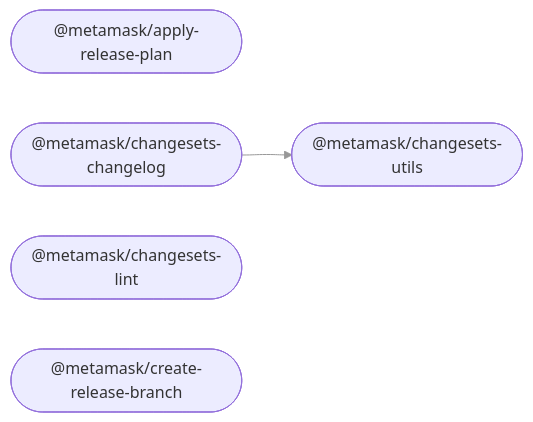
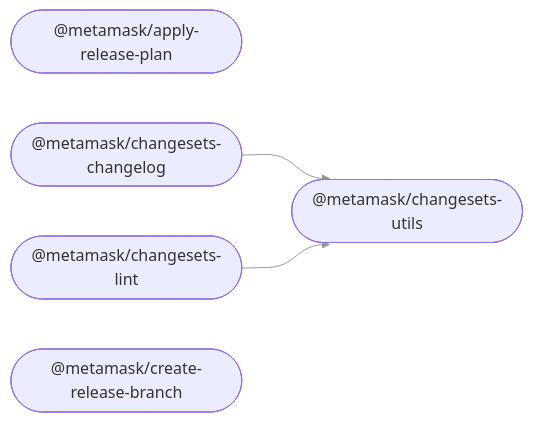
Before and after one commit to MetaMask/release-tools: the diagram in README.md, drawn with Mermaid. The commit also changed 16 other files, not shown here.

````diff
--- a/README.md
+++ b/README.md
@@ -29,11 +29,12 @@
 ```mermaid
 %%{ init: { 'flowchart': { 'curve': 'bumpX' } } }%%
 graph LR;
 linkStyle default opacity:0.5
   apply_release_plan(["@metamask/apply-release-plan"]);
   changesets_changelog(["@metamask/changesets-changelog"]);
   changesets_lint(["@metamask/changesets-lint"]);
   changesets_utils(["@metamask/changesets-utils"]);
   create_release_branch(["@metamask/create-release-branch"]);
   changesets_changelog --> changesets_utils;
+  changesets_lint --> changesets_utils;
 ```
````
